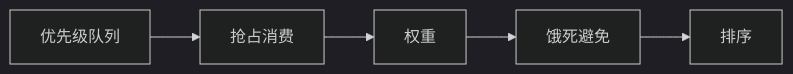
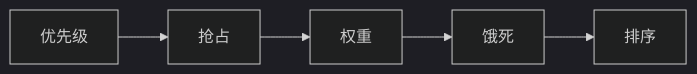
Before and after one commit to tghrxxxyyy/knowledge-base: the diagram in 基础知识/中间件/优先级队列与抢占消费.md, drawn with Mermaid (dark theme). The commit also changed other lines of this file and 385 other files, not shown here.

````diff
--- a/基础知识/中间件/优先级队列与抢占消费.md
+++ b/基础知识/中间件/优先级队列与抢占消费.md
@@ -19,9 +19,9 @@
 ```mermaid
 flowchart LR
-    A[优先级队列]
-    B[抢占消费]
+    A[优先级]
+    B[抢占]
     C[权重]
-    D[饿死避免]
+    D[饿死]
     E[排序]
     A --> B --> C --> D --> E
 ```
````
